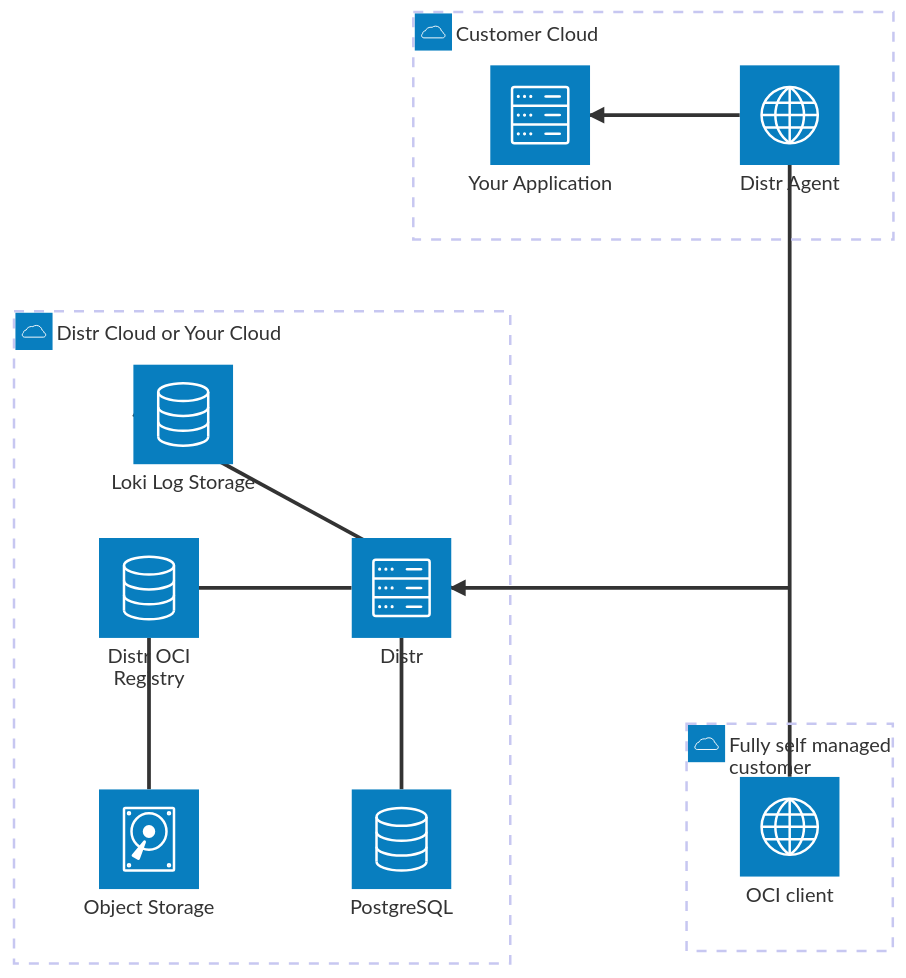
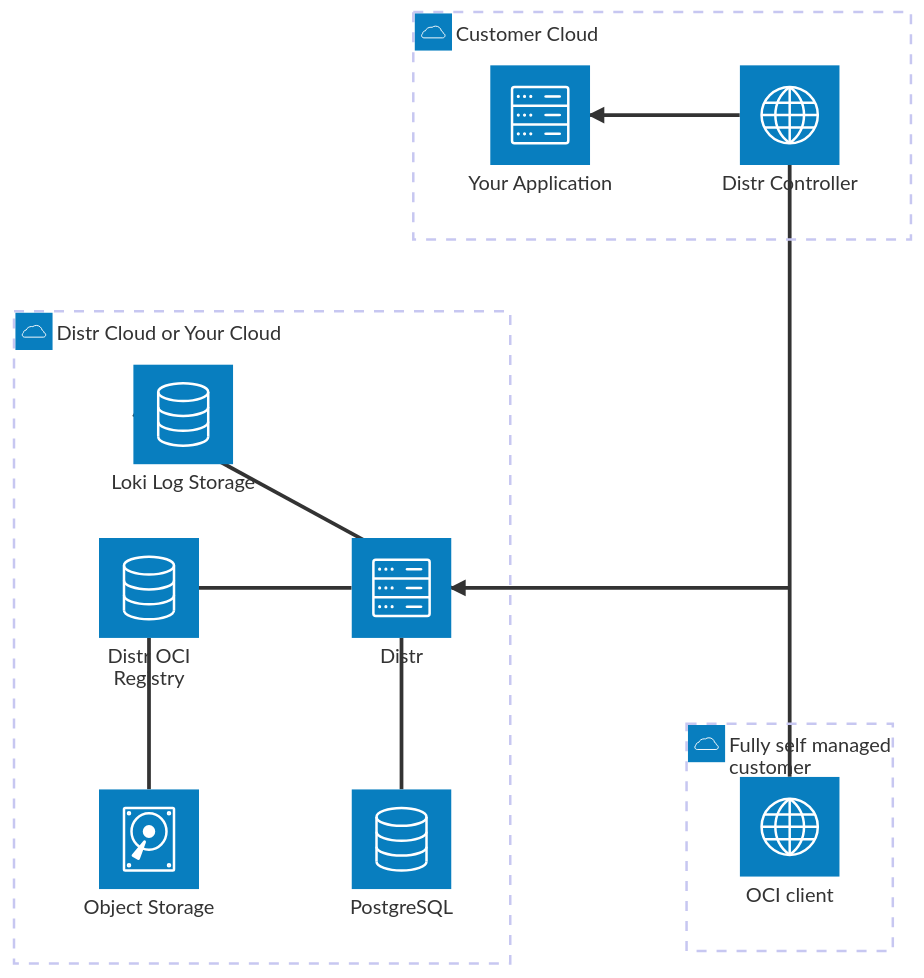
Before and after one commit to distr-sh/distr: the diagram in README.md, drawn with Mermaid. The commit also changed other lines of this file and 325 other files, not shown here.

Commit message:
refactor: rename distr agent to distr controller (#3400)

````diff
--- a/README.md
+++ b/README.md
@@ -58,28 +58,28 @@
 ```mermaid
 architecture-beta
     group ctrl(cloud)[Distr Cloud or Your Cloud]
     service distr(server)[Distr] in ctrl
     service db(database)[PostgreSQL] in ctrl
     service loki(database)[Loki Log Storage] in ctrl
     service oci(database)[Distr OCI Registry] in ctrl
     service s3(disk)[Object Storage] in ctrl
     oci:R -- L:distr
     db:T -- B:distr
     loki:L -- R:distr
     oci:B -- T:s3
 
     junction customerjunction
 
     distr:R <-- L:customerjunction
-    customerjunction:T -- B:agent
+    customerjunction:T -- B:controller
     customerjunction:B -- T:client
 
 
-    group agentcustomer(cloud)[Customer Cloud]
-    service agent(internet)[Distr Agent] in agentcustomer
-    service app(server)[Your Application] in agentcustomer
-    agent:L --> R:app
+    group controllercustomer(cloud)[Customer Cloud]
+    service controller(internet)[Distr Controller] in controllercustomer
+    service app(server)[Your Application] in controllercustomer
+    controller:L --> R:app
 
     group ocicustomer(cloud)[Fully self managed customer]
     service client(internet)[OCI client] in ocicustomer
 ```
````
